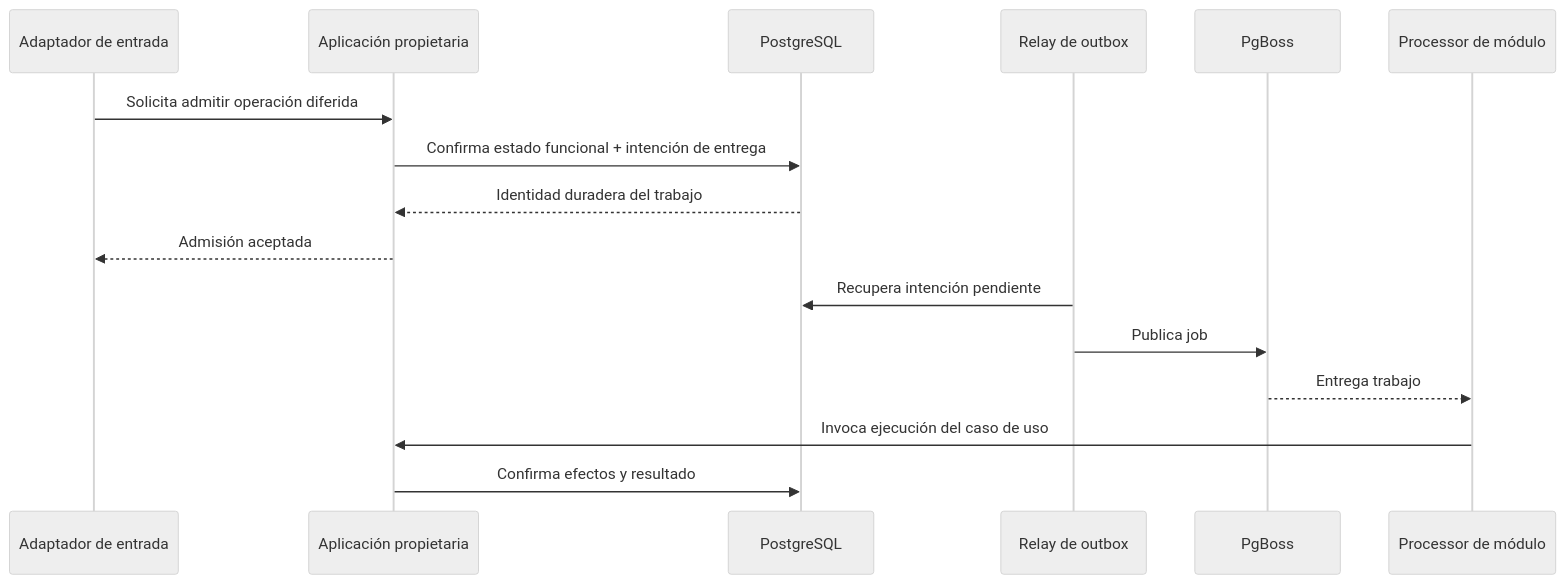
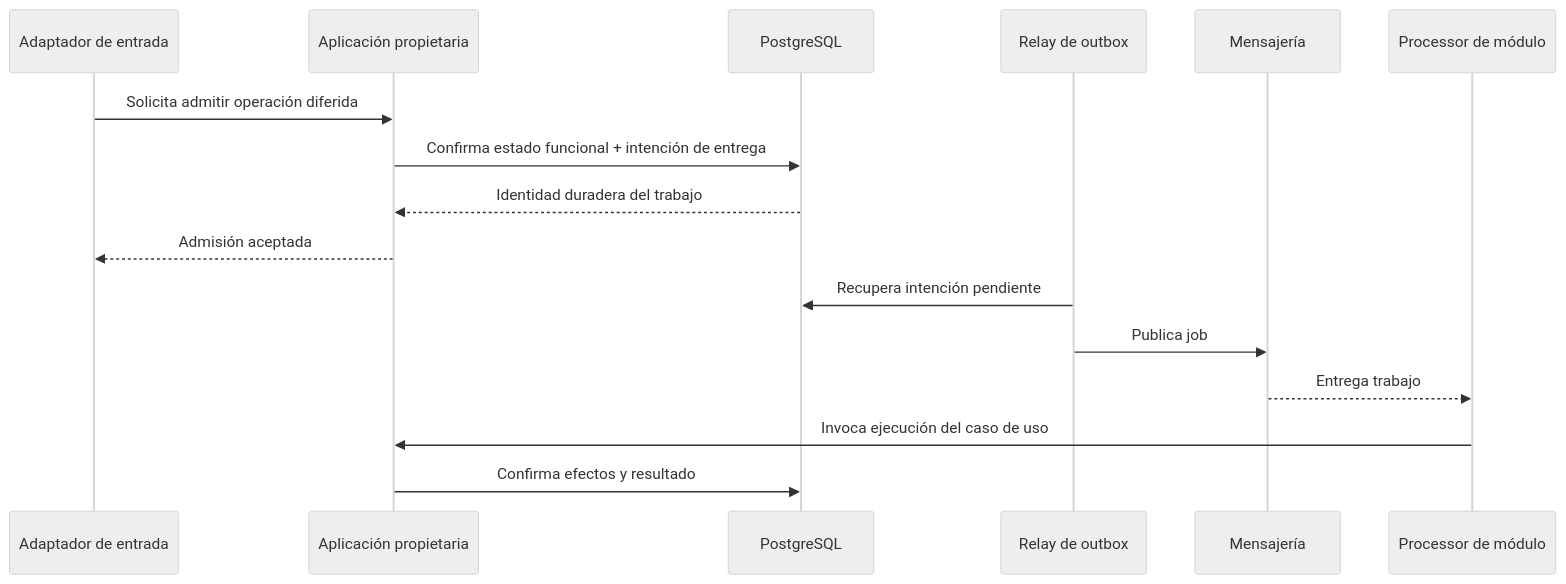
One commit to EderPanta18/academic-management-api changed the second of 2 diagrams in docs/06-architecture/06-async-processing.md. Above: the diagram before and after it, drawn with Mermaid (neutral theme). The commit also changed other lines of this file and 19 other files, not shown here.

````diff
--- a/docs/06-architecture/06-async-processing.md
+++ b/docs/06-architecture/06-async-processing.md
@@ -57,19 +61,19 @@
 ```mermaid
 sequenceDiagram
     participant IN as Adaptador de entrada
     participant APP as Aplicación propietaria
     participant DB as PostgreSQL
     participant REL as Relay de outbox
-    participant BUS as PgBoss
+    participant BUS as Mensajería
     participant CON as Processor de módulo
 
     IN->>APP: Solicita admitir operación diferida
     APP->>DB: Confirma estado funcional + intención de entrega
     DB-->>APP: Identidad duradera del trabajo
     APP-->>IN: Admisión aceptada
     REL->>DB: Recupera intención pendiente
     REL->>BUS: Publica job
     BUS-->>CON: Entrega trabajo
     CON->>APP: Invoca ejecución del caso de uso
     APP->>DB: Confirma efectos y resultado
 ```
````
